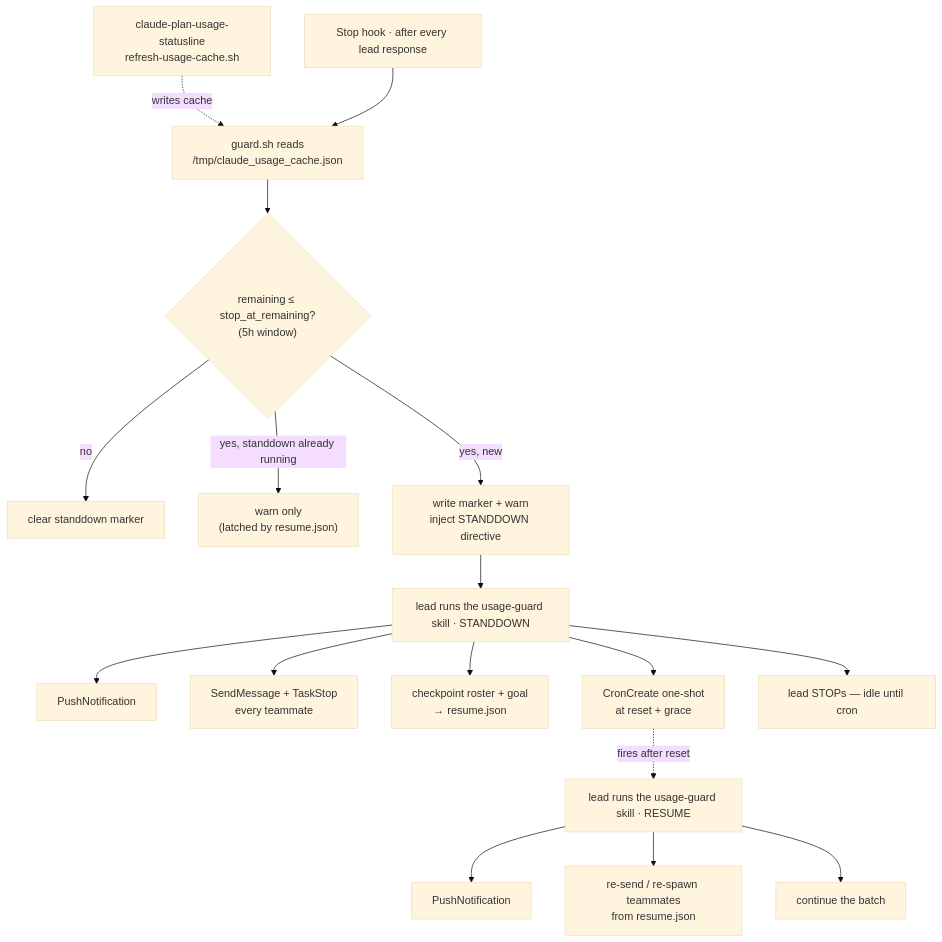
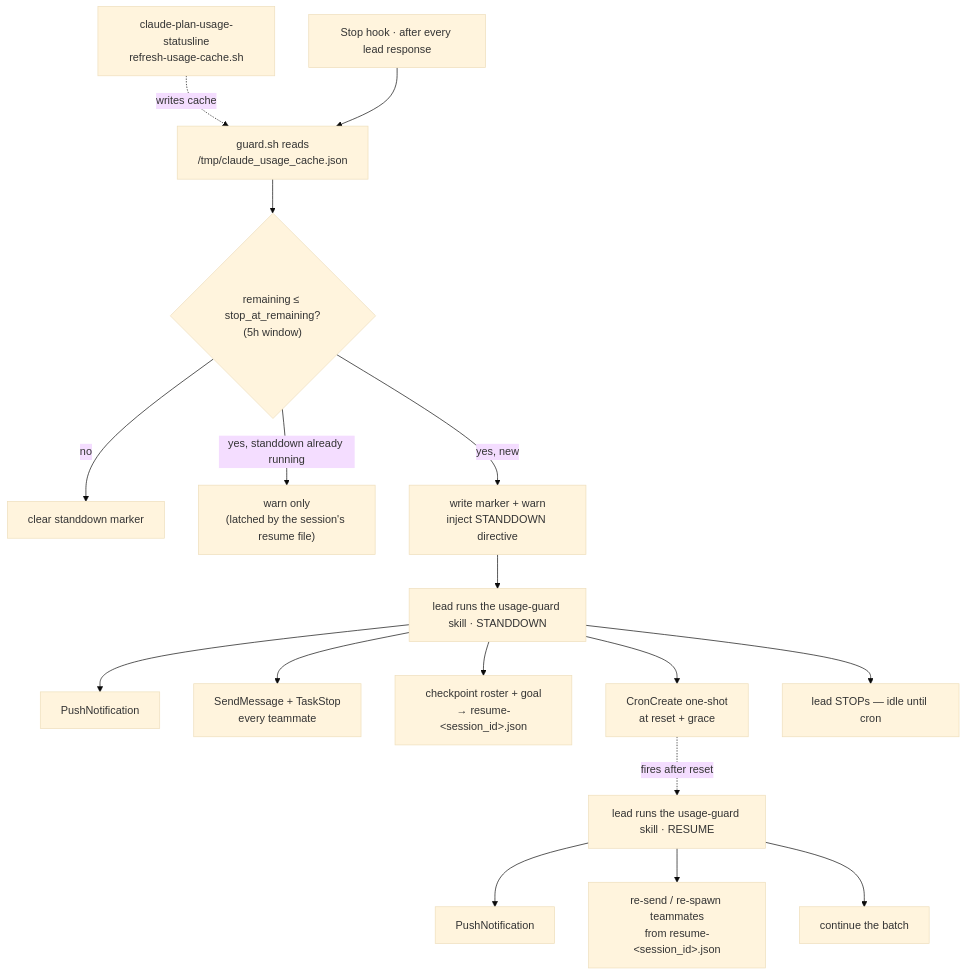
Before and after one commit to romacv/claude-usage-guard: the diagram in README.md, drawn with Mermaid (base theme). The commit also changed other lines of this file and 2 other files, not shown here.

Commit message:
Session-scope standdown/resume state per session_id and add per-session mute

````diff
--- a/README.md
+++ b/README.md
@@ -24,21 +24,21 @@
 ```mermaid
 flowchart TD
     P["claude-plan-usage-statusline<br/>refresh-usage-cache.sh"] -. writes cache .-> B
     A["Stop hook · after every lead response"] --> B["guard.sh reads<br/>/tmp/claude_usage_cache.json"]
     B --> C{"remaining ≤ stop_at_remaining?<br/>(5h window)"}
     C -->|no| E["clear standdown marker"]
-    C -->|yes, standdown already running| W["warn only<br/>(latched by resume.json)"]
+    C -->|yes, standdown already running| W["warn only<br/>(latched by the session's resume file)"]
     C -->|yes, new| F["write marker + warn<br/>inject STANDDOWN directive"]
 
     F --> G["lead runs the usage-guard skill · STANDDOWN"]
     G --> N1["PushNotification"]
     G --> T["SendMessage + TaskStop<br/>every teammate"]
-    G --> R["checkpoint roster + goal<br/>→ resume.json"]
+    G --> R["checkpoint roster + goal<br/>→ resume-&lt;session_id&gt;.json"]
     G --> K["CronCreate one-shot<br/>at reset + grace"]
     G --> S["lead STOPs — idle until cron"]
 
     K -.fires after reset.-> Z["lead runs the usage-guard skill · RESUME"]
     Z --> N2["PushNotification"]
-    Z --> RH["re-send / re-spawn teammates<br/>from resume.json"]
+    Z --> RH["re-send / re-spawn teammates<br/>from resume-&lt;session_id&gt;.json"]
     Z --> CO["continue the batch"]
 ```
````
